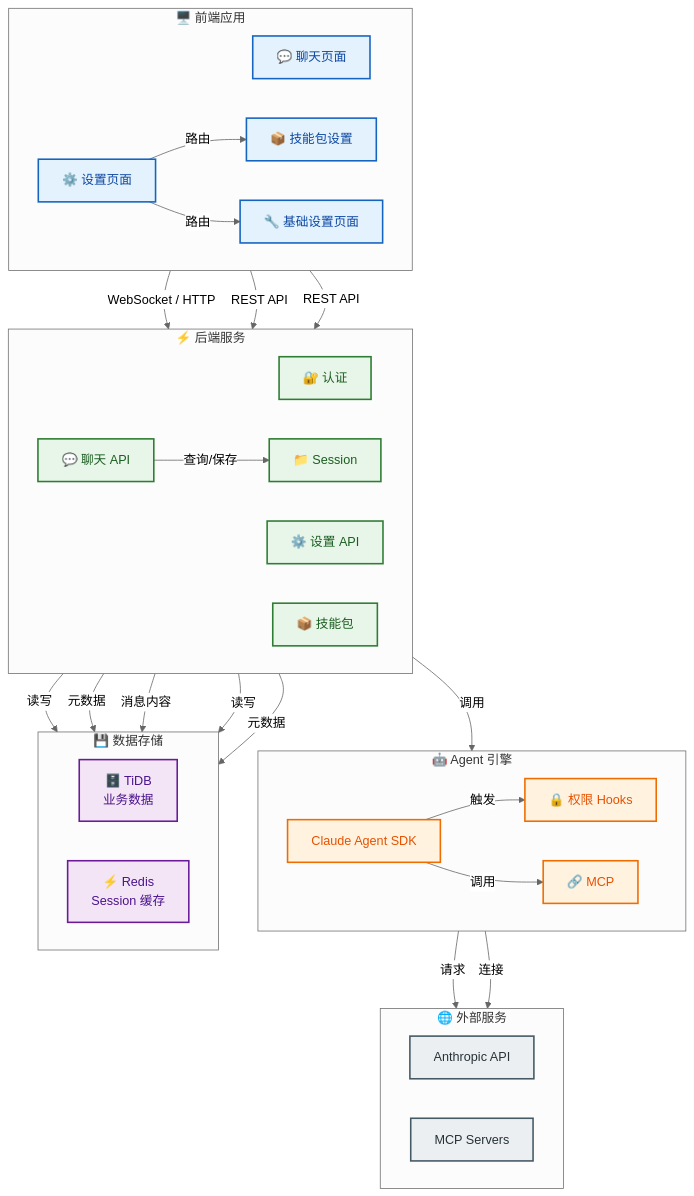
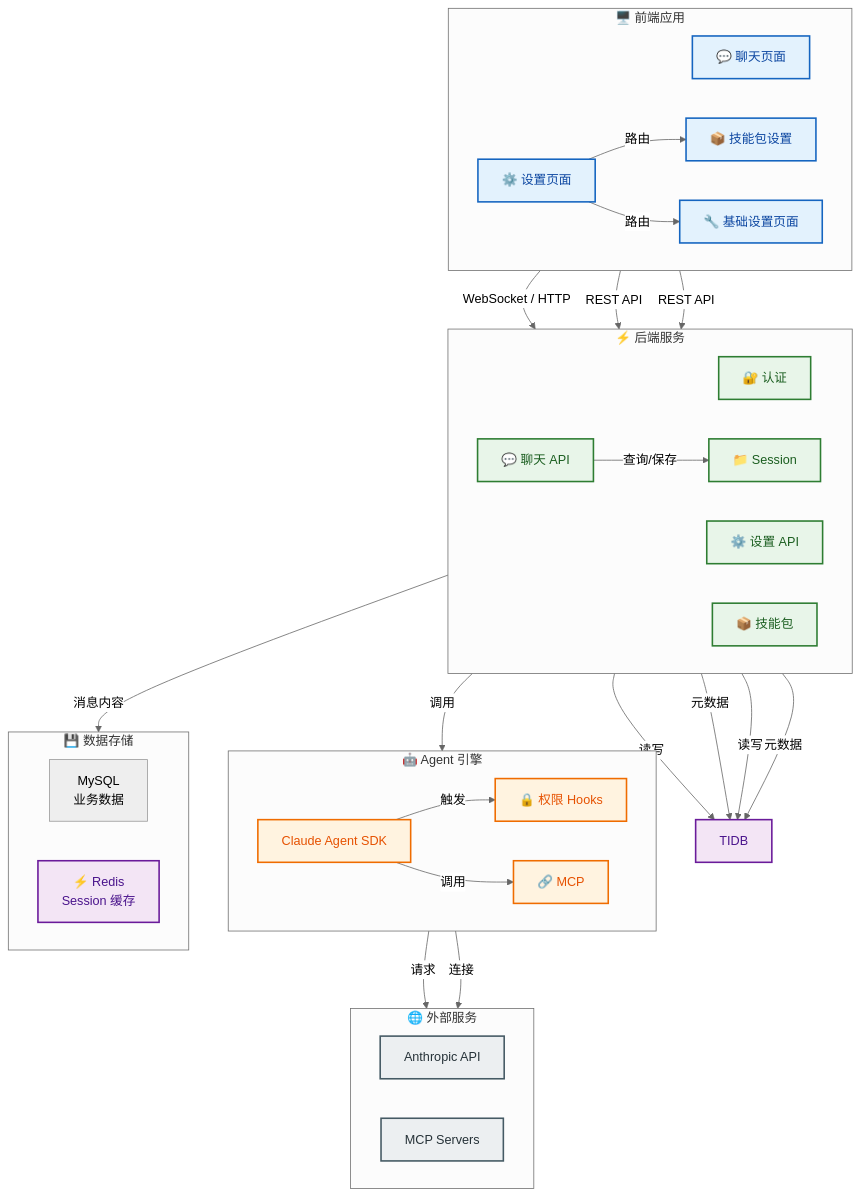
Before and after one commit to xiaocaipi/mm-doc: the second of 27 diagrams in agent/agent_project_design_1.md, drawn with Mermaid (neutral theme). The commit also changed other lines of this file and 1 other file, not shown here.

````diff
--- a/agent/agent_project_design_1.md
+++ b/agent/agent_project_design_1.md
@@ -174,79 +174,79 @@
 ```mermaid
 flowchart TB
     %% ========== 样式定义 ==========
     classDef frontend fill:#e3f2fd,stroke:#1565c0,stroke-width:2px,color:#0d47a1
     classDef backend fill:#e8f5e9,stroke:#2e7d32,stroke-width:2px,color:#1b5e20
     classDef agent fill:#fff3e0,stroke:#ef6c00,stroke-width:2px,color:#e65100
     classDef storage fill:#f3e5f5,stroke:#6a1b9a,stroke-width:2px,color:#4a148c
     classDef external fill:#eceff1,stroke:#455a64,stroke-width:2px,color:#263238
 
     %% ========== 前端应用层 ==========
     subgraph FRONTEND["🖥️ 前端应用"]
         direction LR
         CHAT["💬 聊天页面"]
         SETTINGS["⚙️ 设置页面"]
         SKILL_SETTINGS["📦 技能包设置"]
         BASE_SETTINGS["🔧 基础设置页面"]
     end
 
     %% ========== 后端服务层 ==========
     subgraph BACKEND["⚡ 后端服务"]
         direction LR
         AUTH["🔐 认证"]
         CHAT_API["💬 聊天 API"]
         SESSION["📁 Session"]
         SETTINGS_API["⚙️ 设置 API"]
         SKILLS["📦 技能包"]
     end
 
     %% ========== Agent 引擎层 ==========
     subgraph AGENT_ENGINE["🤖 Agent 引擎"]
         direction LR
         SDK["Claude Agent SDK"]
         HOOKS["🔒 权限 Hooks"]
         MCP["🔗 MCP"]
     end
 
     %% ========== 数据存储层 ==========
     subgraph STORAGE["💾 数据存储"]
         direction LR
-        TIDB["🗄️ TiDB<br/>业务数据"]
+        MYSQL["MySQL<br/>业务数据"]
         REDIS["⚡ Redis<br/>Session 缓存"]
     end
 
     %% ========== 外部服务 ==========
     subgraph EXTERNAL["🌐 外部服务"]
         direction LR
         ANTHROPIC["Anthropic API"]
         MCP_SERVERS["MCP Servers"]
     end
 
     %% ========== 前端 → 后端 数据流 ==========
     CHAT -->|"WebSocket / HTTP"| CHAT_API
     SETTINGS -->|"路由"| SKILL_SETTINGS
     SETTINGS -->|"路由"| BASE_SETTINGS
     SKILL_SETTINGS -->|"REST API"| SKILLS
     BASE_SETTINGS -->|"REST API"| SETTINGS_API
 
     %% ========== 后端内部 数据流 ==========
     CHAT_API -->|"查询/保存"| SESSION
     CHAT_API -->|"调用"| SDK
     AUTH -->|"读写"| TIDB
     SESSION -->|"元数据"| TIDB
     SESSION -->|"消息内容"| REDIS
     SETTINGS_API -->|"读写"| TIDB
     SKILLS -->|"元数据"| TIDB
 
     %% ========== Agent 引擎 数据流 ==========
     SDK -->|"触发"| HOOKS
     SDK -->|"调用"| MCP
     SDK -->|"请求"| ANTHROPIC
     MCP -->|"连接"| MCP_SERVERS
 
     %% ========== 样式绑定 ==========
     class CHAT,SETTINGS,SKILL_SETTINGS,BASE_SETTINGS frontend
     class AUTH,CHAT_API,SESSION,SETTINGS_API,SKILLS backend
     class SDK,HOOKS,MCP agent
     class TIDB,REDIS storage
     class ANTHROPIC,MCP_SERVERS external
 ```
````
